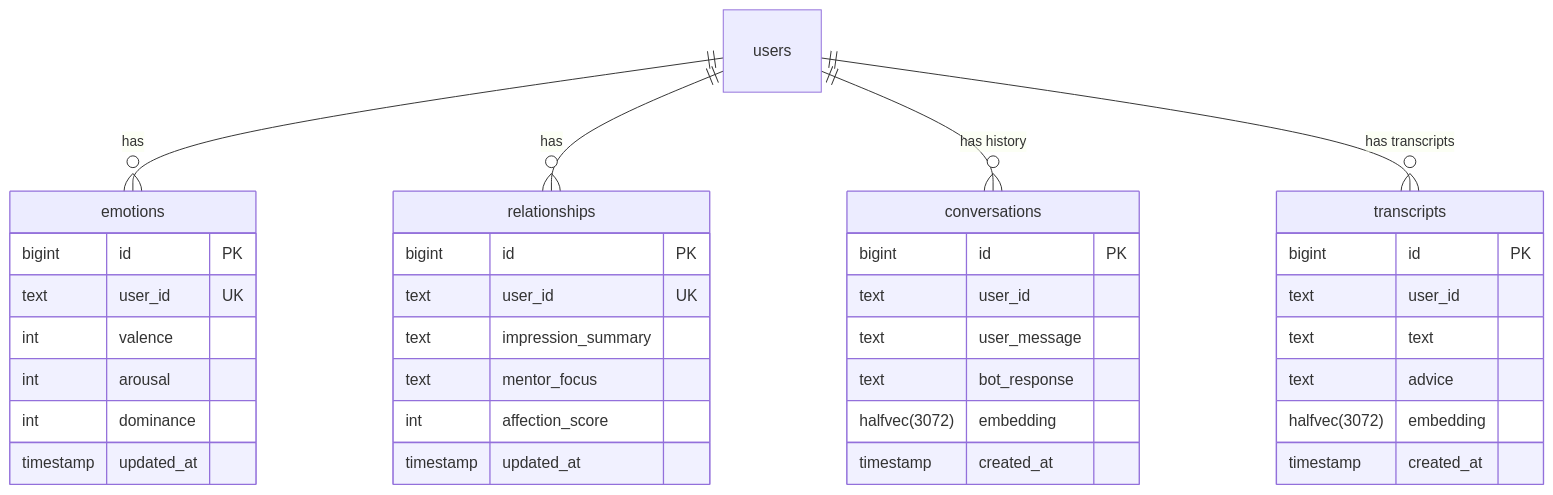
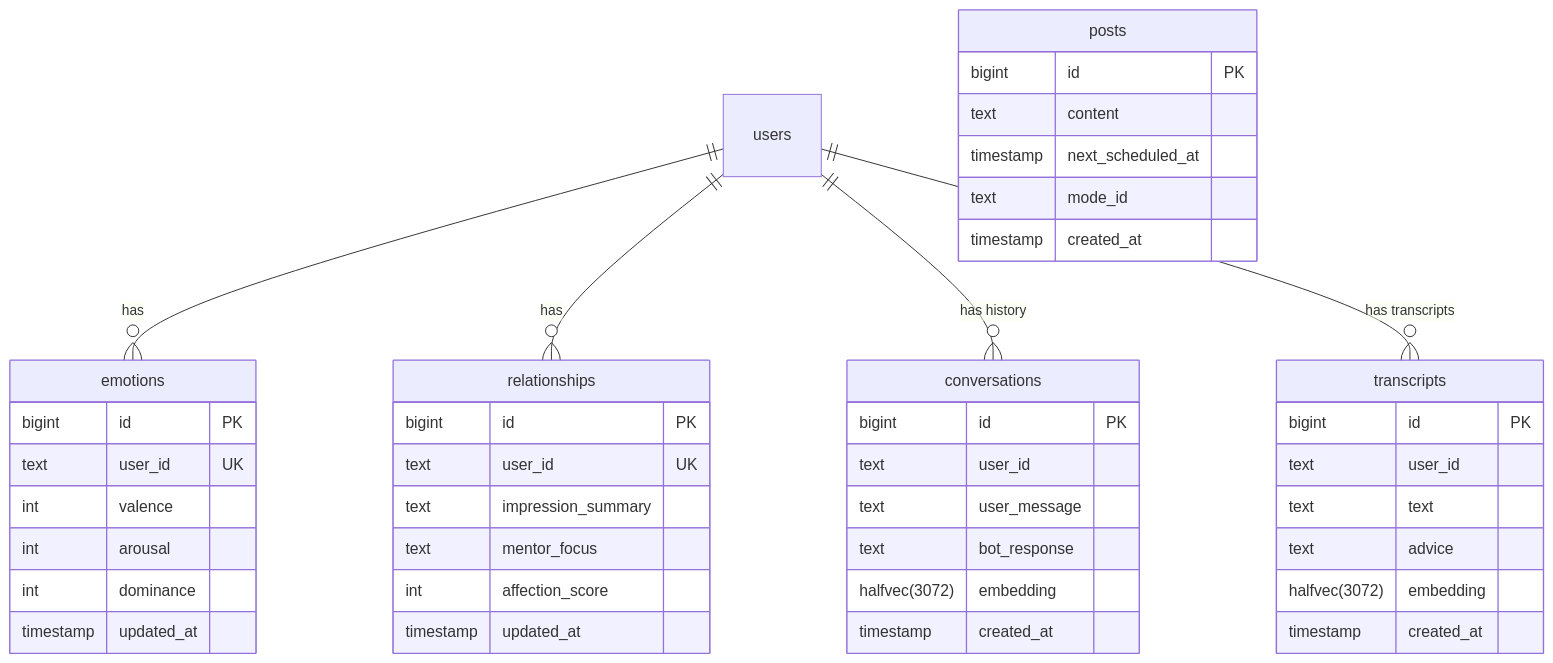
One commit to litoma/aimolt changed the second of 2 diagrams in README.md. Above: the diagram before and after it, drawn with Mermaid. The commit also changed other lines of this file and 6 other files, not shown here.

````diff
--- a/README.md
+++ b/README.md
@@ -125,44 +135,52 @@
 ```mermaid
 erDiagram
     users ||--o{ emotions : "has"
     users ||--o{ relationships : "has"
     users ||--o{ conversations : "has history"
     users ||--o{ transcripts : "has transcripts"
 
     emotions {
         bigint id PK
         text user_id UK
         int valence
         int arousal
         int dominance
         timestamp updated_at
     }
 
     relationships {
         bigint id PK
         text user_id UK
         text impression_summary
         text mentor_focus
         int affection_score
         timestamp updated_at
     }
 
     conversations {
         bigint id PK
         text user_id
         text user_message
         text bot_response
         halfvec(3072) embedding
         timestamp created_at
     }
 
     transcripts {
         bigint id PK
         text user_id
         text text
         text advice
         halfvec(3072) embedding
         timestamp created_at
     }
 
+    posts {
+        bigint id PK
+        text content
+        timestamp next_scheduled_at
+        text mode_id
+        timestamp created_at
+    }
+
 ```
````
